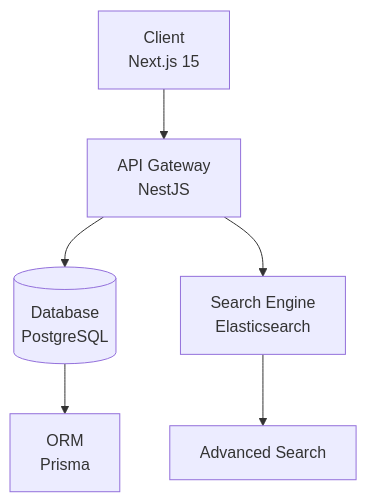
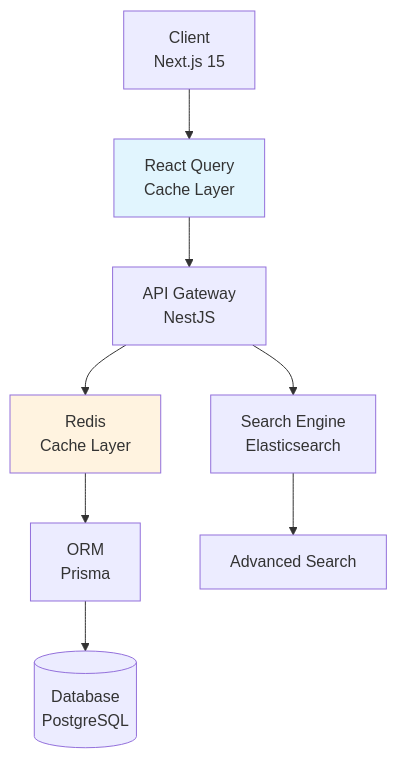
The first of 2 diagrams in Readme.md (mrthinh307/back-market), drawn with Mermaid before and after one commit. The commit also changed other lines of this file, not shown here.

````diff
--- a/Readme.md
+++ b/Readme.md
@@ -111,8 +112,13 @@
 ```mermaid
 graph TD
-    A[Client<br/>Next.js 15] --> B[API Gateway<br/>NestJS]
-    B --> C[(Database<br/>PostgreSQL)]
+    A[Client<br/>Next.js 15] --> G[React Query<br/>Cache Layer]
+    G --> B[API Gateway<br/>NestJS]
+    B --> H[Redis<br/>Cache Layer]
+    H --> E[ORM<br/>Prisma]
+    E --> C[(Database<br/>PostgreSQL)]
     B --> D[Search Engine<br/>Elasticsearch]
-    C --> E[ORM<br/>Prisma]
     D --> F[Advanced Search]
+    
+    style G fill:#e1f5fe
+    style H fill:#fff3e0
 ```
````
